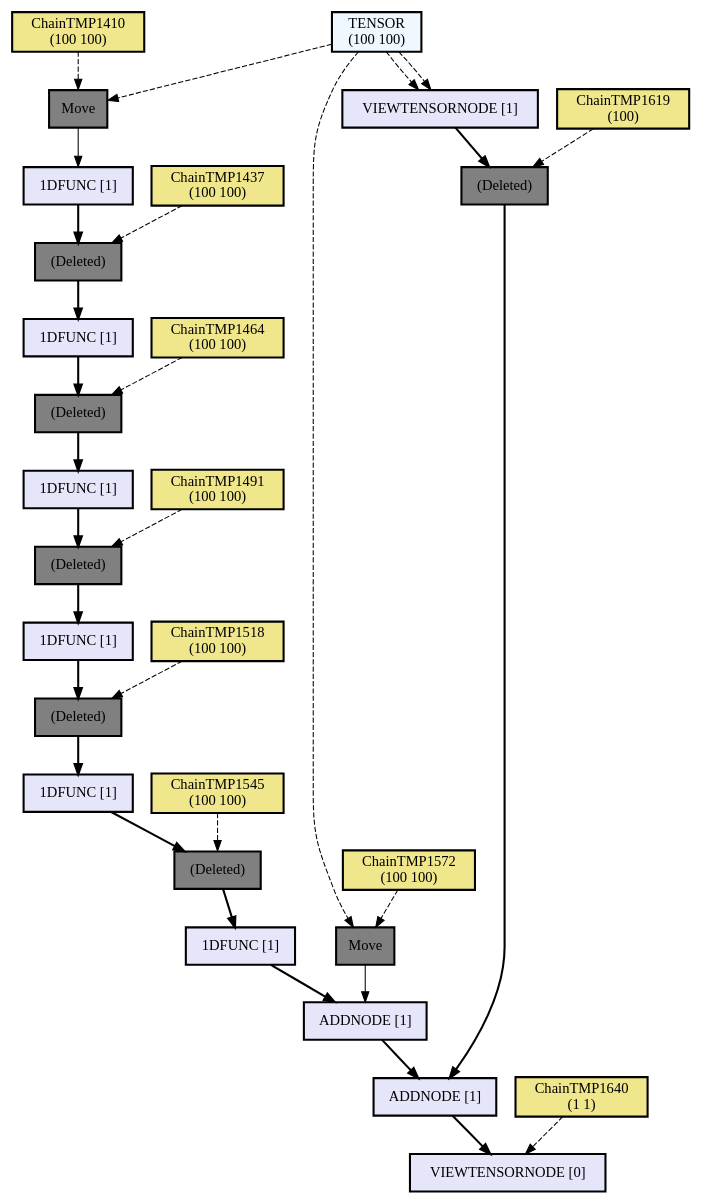
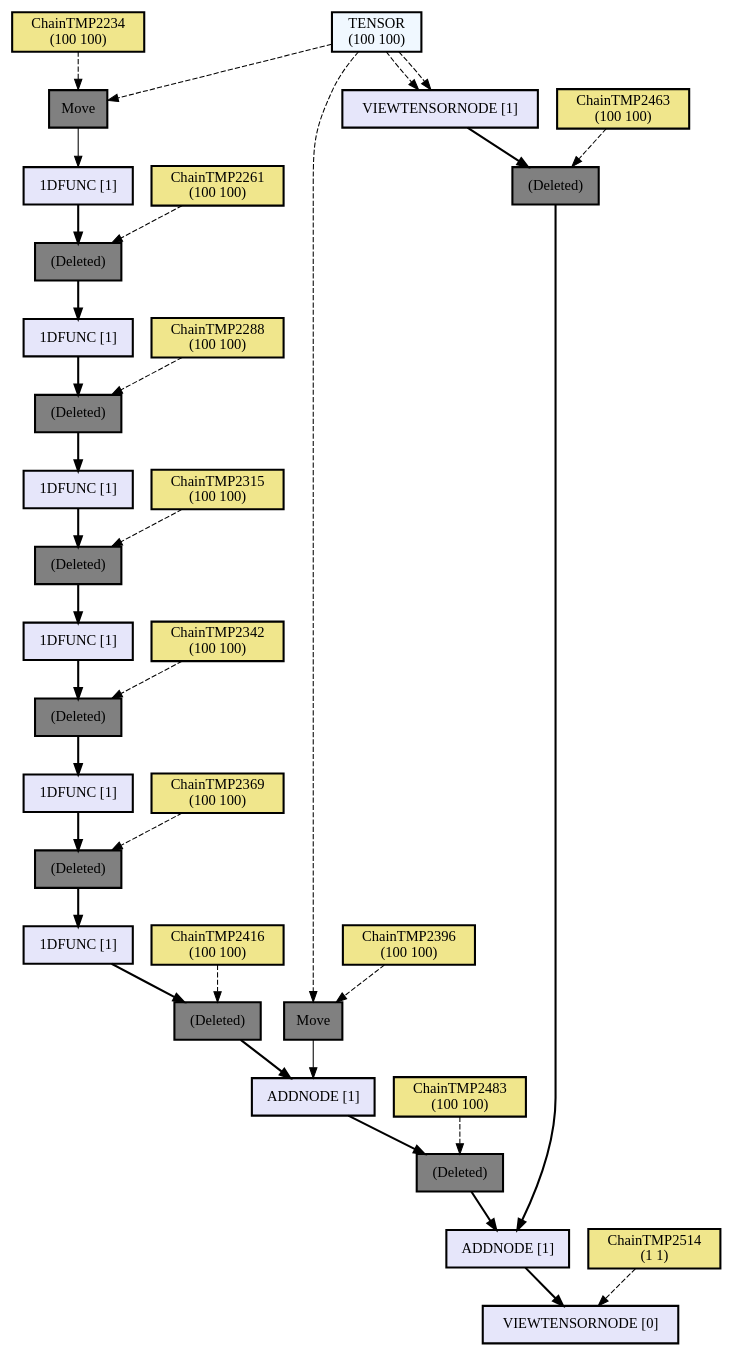
One commit to hikettei/cl-waffe2 changed the diagram in assets/out3.dot. Above: the diagram before and after it, drawn with Graphviz. The commit also changed 6 other files, not shown here.

```diff
--- a/assets/out3.dot
+++ b/assets/out3.dot
@@ -1,77 +1,87 @@
 digraph computation_node {
   node[shape="box" style="filled" color="black" penwidth="2"];
   TENSOR [label = "TENSOR
 (100 100)" fillcolor="#f0f8ff" style="filled, solid"];
-  ChainTMP1410 [label = "ChainTMP1410
+  ChainTMP2234 [label = "ChainTMP2234
 (100 100)" fillcolor="#f0e68c" style="filled, solid"];
-  NODE1696 [label = "Move" fillcolor="gray" style="filled, solid"];
-  NODE1695 [label = "1DFUNC [1]" fillcolor="#e6e6fa" style="filled, solid"];
-  ChainTMP1437 [label = "ChainTMP1437
+  NODE2593 [label = "Move" fillcolor="gray" style="filled, solid"];
+  NODE2592 [label = "1DFUNC [1]" fillcolor="#e6e6fa" style="filled, solid"];
+  ChainTMP2261 [label = "ChainTMP2261
 (100 100)" fillcolor="#f0e68c" style="filled, solid"];
-  NODE1693 [label = "(Deleted)" fillcolor="gray" style="filled, solid"];
-  NODE1692 [label = "1DFUNC [1]" fillcolor="#e6e6fa" style="filled, solid"];
-  ChainTMP1464 [label = "ChainTMP1464
+  NODE2590 [label = "(Deleted)" fillcolor="gray" style="filled, solid"];
+  NODE2589 [label = "1DFUNC [1]" fillcolor="#e6e6fa" style="filled, solid"];
+  ChainTMP2288 [label = "ChainTMP2288
 (100 100)" fillcolor="#f0e68c" style="filled, solid"];
-  NODE1690 [label = "(Deleted)" fillcolor="gray" style="filled, solid"];
-  NODE1689 [label = "1DFUNC [1]" fillcolor="#e6e6fa" style="filled, solid"];
-  ChainTMP1491 [label = "ChainTMP1491
+  NODE2587 [label = "(Deleted)" fillcolor="gray" style="filled, solid"];
+  NODE2586 [label = "1DFUNC [1]" fillcolor="#e6e6fa" style="filled, solid"];
+  ChainTMP2315 [label = "ChainTMP2315
 (100 100)" fillcolor="#f0e68c" style="filled, solid"];
-  NODE1687 [label = "(Deleted)" fillcolor="gray" style="filled, solid"];
-  NODE1686 [label = "1DFUNC [1]" fillcolor="#e6e6fa" style="filled, solid"];
-  ChainTMP1518 [label = "ChainTMP1518
+  NODE2584 [label = "(Deleted)" fillcolor="gray" style="filled, solid"];
+  NODE2583 [label = "1DFUNC [1]" fillcolor="#e6e6fa" style="filled, solid"];
+  ChainTMP2342 [label = "ChainTMP2342
 (100 100)" fillcolor="#f0e68c" style="filled, solid"];
-  NODE1684 [label = "(Deleted)" fillcolor="gray" style="filled, solid"];
-  NODE1683 [label = "1DFUNC [1]" fillcolor="#e6e6fa" style="filled, solid"];
-  ChainTMP1545 [label = "ChainTMP1545
+  NODE2581 [label = "(Deleted)" fillcolor="gray" style="filled, solid"];
+  NODE2580 [label = "1DFUNC [1]" fillcolor="#e6e6fa" style="filled, solid"];
+  ChainTMP2369 [label = "ChainTMP2369
 (100 100)" fillcolor="#f0e68c" style="filled, solid"];
-  NODE1681 [label = "(Deleted)" fillcolor="gray" style="filled, solid"];
-  NODE1680 [label = "1DFUNC [1]" fillcolor="#e6e6fa" style="filled, solid"];
+  NODE2578 [label = "(Deleted)" fillcolor="gray" style="filled, solid"];
+  NODE2577 [label = "1DFUNC [1]" fillcolor="#e6e6fa" style="filled, solid"];
+  ChainTMP2416 [label = "ChainTMP2416
+(100 100)" fillcolor="#f0e68c" style="filled, solid"];
+  NODE2575 [label = "(Deleted)" fillcolor="gray" style="filled, solid"];
   TENSOR [label = "TENSOR
 (100 100)" fillcolor="#f0f8ff" style="filled, solid"];
-  ChainTMP1572 [label = "ChainTMP1572
+  ChainTMP2396 [label = "ChainTMP2396
 (100 100)" fillcolor="#f0e68c" style="filled, solid"];
-  NODE1677 [label = "Move" fillcolor="gray" style="filled, solid"];
-  NODE1676 [label = "ADDNODE [1]" fillcolor="#e6e6fa" style="filled, solid"];
+  NODE2572 [label = "Move" fillcolor="gray" style="filled, solid"];
+  NODE2571 [label = "ADDNODE [1]" fillcolor="#e6e6fa" style="filled, solid"];
+  ChainTMP2483 [label = "ChainTMP2483
+(100 100)" fillcolor="#f0e68c" style="filled, solid"];
+  NODE2569 [label = "(Deleted)" fillcolor="gray" style="filled, solid"];
   TENSOR [label = "TENSOR
 (1 1)" fillcolor="#f0f8ff" style="filled, solid"];
   TENSOR [label = "TENSOR
 (100 100)" fillcolor="#f0f8ff" style="filled, solid"];
-  NODE1673 [label = "VIEWTENSORNODE [1]" fillcolor="#e6e6fa" style="filled, solid"];
-  ChainTMP1619 [label = "ChainTMP1619
-(100)" fillcolor="#f0e68c" style="filled, solid"];
-  NODE1671 [label = "(Deleted)" fillcolor="gray" style="filled, solid"];
-  NODE1670 [label = "ADDNODE [1]" fillcolor="#e6e6fa" style="filled, solid"];
-  ChainTMP1640 [label = "ChainTMP1640
+  NODE2566 [label = "VIEWTENSORNODE [1]" fillcolor="#e6e6fa" style="filled, solid"];
+  ChainTMP2463 [label = "ChainTMP2463
+(100 100)" fillcolor="#f0e68c" style="filled, solid"];
+  NODE2564 [label = "(Deleted)" fillcolor="gray" style="filled, solid"];
+  NODE2563 [label = "ADDNODE [1]" fillcolor="#e6e6fa" style="filled, solid"];
+  ChainTMP2514 [label = "ChainTMP2514
 (1 1)" fillcolor="#f0e68c" style="filled, solid"];
-  NODE1668 [label = "VIEWTENSORNODE [0]" fillcolor="#e6e6fa" style="filled, solid"];
-  ChainTMP1640 -> NODE1668[style="dashed"];
-  NODE1670 -> NODE1668[penwidth="2"];
-  NODE1671 -> NODE1670[penwidth="2"];
-  ChainTMP1619 -> NODE1671[style="dashed"];
-  NODE1673 -> NODE1671[penwidth="2"];
-  TENSOR -> NODE1673[style="dashed"];
-  TENSOR -> NODE1673[style="dashed"];
-  NODE1676 -> NODE1670[penwidth="2"];
-  NODE1677 -> NODE1676[weight=10];
-  ChainTMP1572 -> NODE1677[style="dashed"];
-  TENSOR -> NODE1677[style="dashed"];
-  NODE1680 -> NODE1676[penwidth="2"];
-  NODE1681 -> NODE1680[penwidth="2"];
-  ChainTMP1545 -> NODE1681[style="dashed"];
-  NODE1683 -> NODE1681[penwidth="2"];
-  NODE1684 -> NODE1683[penwidth="2"];
-  ChainTMP1518 -> NODE1684[style="dashed"];
-  NODE1686 -> NODE1684[penwidth="2"];
-  NODE1687 -> NODE1686[penwidth="2"];
-  ChainTMP1491 -> NODE1687[style="dashed"];
-  NODE1689 -> NODE1687[penwidth="2"];
-  NODE1690 -> NODE1689[penwidth="2"];
-  ChainTMP1464 -> NODE1690[style="dashed"];
-  NODE1692 -> NODE1690[penwidth="2"];
-  NODE1693 -> NODE1692[penwidth="2"];
-  ChainTMP1437 -> NODE1693[style="dashed"];
-  NODE1695 -> NODE1693[penwidth="2"];
-  NODE1696 -> NODE1695[weight=10];
-  ChainTMP1410 -> NODE1696[style="dashed"];
-  TENSOR -> NODE1696[style="dashed"];
+  NODE2561 [label = "VIEWTENSORNODE [0]" fillcolor="#e6e6fa" style="filled, solid"];
+  ChainTMP2514 -> NODE2561[style="dashed"];
+  NODE2563 -> NODE2561[penwidth="2"];
+  NODE2564 -> NODE2563[penwidth="2"];
+  ChainTMP2463 -> NODE2564[style="dashed"];
+  NODE2566 -> NODE2564[penwidth="2"];
+  TENSOR -> NODE2566[style="dashed"];
+  TENSOR -> NODE2566[style="dashed"];
+  NODE2569 -> NODE2563[penwidth="2"];
+  ChainTMP2483 -> NODE2569[style="dashed"];
+  NODE2571 -> NODE2569[penwidth="2"];
+  NODE2572 -> NODE2571[weight=10];
+  ChainTMP2396 -> NODE2572[style="dashed"];
+  TENSOR -> NODE2572[style="dashed"];
+  NODE2575 -> NODE2571[penwidth="2"];
+  ChainTMP2416 -> NODE2575[style="dashed"];
+  NODE2577 -> NODE2575[penwidth="2"];
+  NODE2578 -> NODE2577[penwidth="2"];
+  ChainTMP2369 -> NODE2578[style="dashed"];
+  NODE2580 -> NODE2578[penwidth="2"];
+  NODE2581 -> NODE2580[penwidth="2"];
+  ChainTMP2342 -> NODE2581[style="dashed"];
+  NODE2583 -> NODE2581[penwidth="2"];
+  NODE2584 -> NODE2583[penwidth="2"];
+  ChainTMP2315 -> NODE2584[style="dashed"];
+  NODE2586 -> NODE2584[penwidth="2"];
+  NODE2587 -> NODE2586[penwidth="2"];
+  ChainTMP2288 -> NODE2587[style="dashed"];
+  NODE2589 -> NODE2587[penwidth="2"];
+  NODE2590 -> NODE2589[penwidth="2"];
+  ChainTMP2261 -> NODE2590[style="dashed"];
+  NODE2592 -> NODE2590[penwidth="2"];
+  NODE2593 -> NODE2592[weight=10];
+  ChainTMP2234 -> NODE2593[style="dashed"];
+  TENSOR -> NODE2593[style="dashed"];
 }
```
